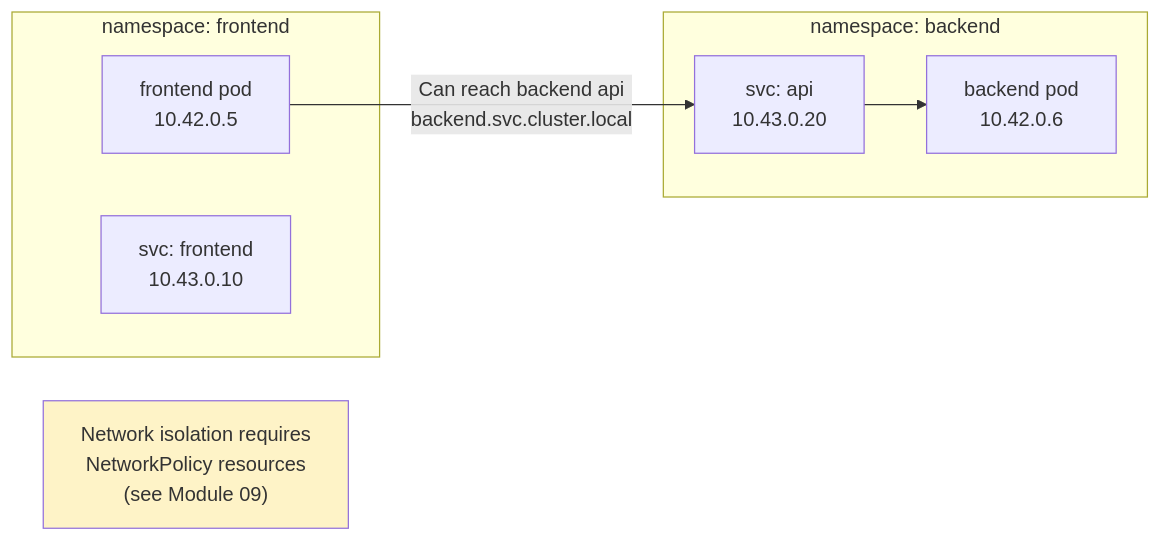
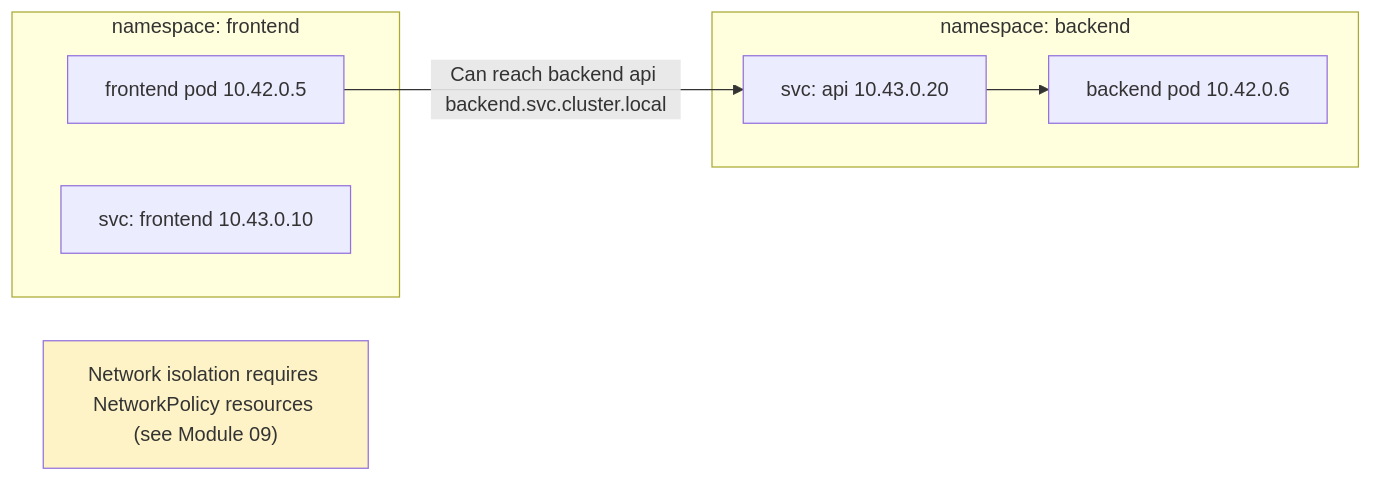
The second of 4 diagrams in 03_first_steps/02_namespaces.md (UncleJS/course_k3s), drawn with Mermaid before and after one commit. The commit also changed other lines of this file and 57 other files, not shown here.

````diff
--- a/03_first_steps/02_namespaces.md
+++ b/03_first_steps/02_namespaces.md
@@ -167,17 +167,17 @@
 ```mermaid
 flowchart LR
     subgraph "namespace: frontend"
-        F_POD[frontend pod\n10.42.0.5]
-        F_SVC[svc: frontend\n10.43.0.10]
+        F_POD[frontend pod 10.42.0.5]
+        F_SVC[svc: frontend 10.43.0.10]
     end
     subgraph "namespace: backend"
-        B_POD[backend pod\n10.42.0.6]
-        B_SVC[svc: api\n10.43.0.20]
+        B_POD[backend pod 10.42.0.6]
+        B_SVC[svc: api 10.43.0.20]
     end
 
-    F_POD -->|"Can reach backend api\nbackend.svc.cluster.local"| B_SVC
+    F_POD -->|"Can reach backend api backend.svc.cluster.local"| B_SVC
     B_SVC --> B_POD
 
-    note["Network isolation requires\nNetworkPolicy resources\n(see Module 09)"]
+    note["Network isolation requires NetworkPolicy resources (see Module 09)"]
     style note fill:#fef3c7
 ```
````
